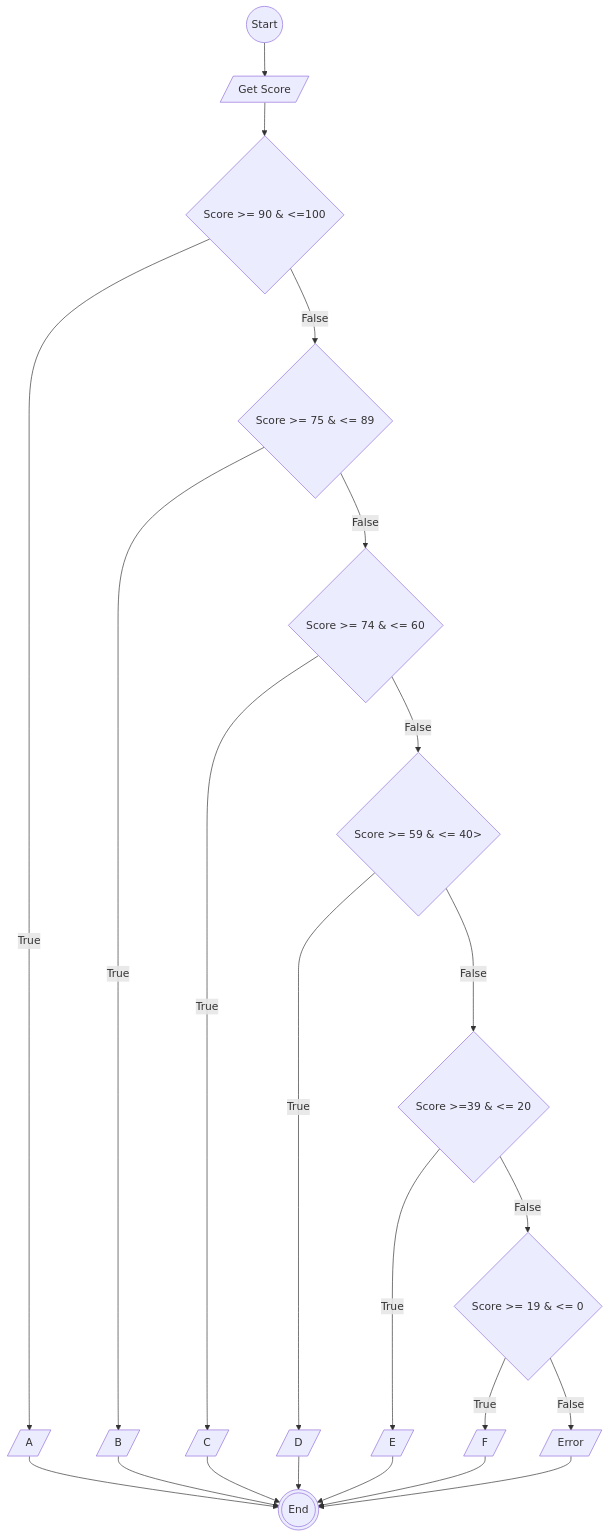
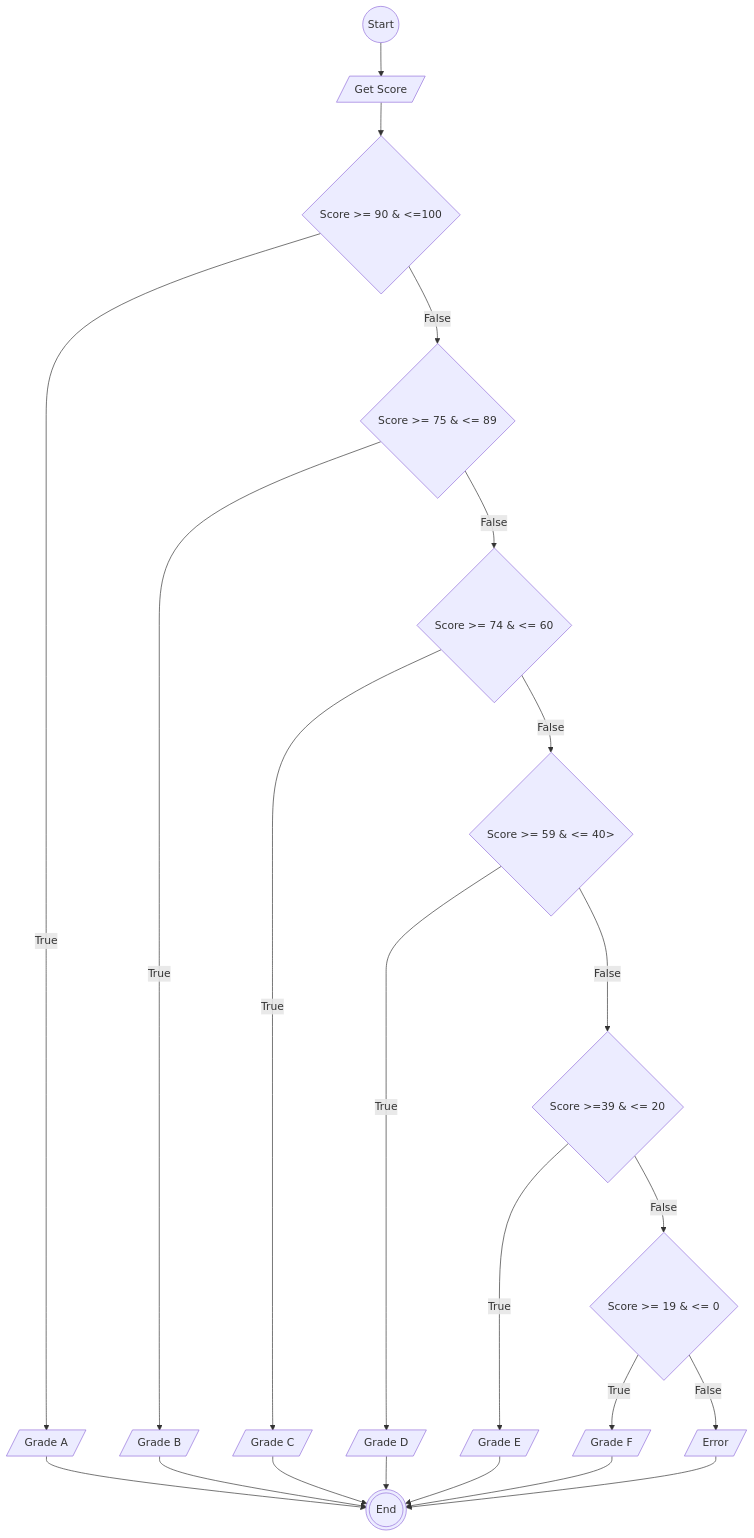
Before and after one commit to MohamadDimasPrayoga1010/koda-b4-algoritma: the diagram in minitask9.md, drawn with Mermaid.

````diff
--- a/minitask9.md
+++ b/minitask9.md
@@ -3,22 +3,22 @@
 ```mermaid
 
 flowchart TD
 
-Start((Start))--> Grade[/Get Score/] -->Score{Score >= 90 <=100} -- True -->A[/A/] -->End(((End)))
+Start((Start))--> Grade[/Get Score/] -->Score{Score >= 90 <=100} -- True -->A[/Grade A/] -->End(((End)))
 
 
-Score{Score >= 90 & <=100} -- False -->ScoreB{Score >= 75 & <= 89} -- True -->B[/B/] -->End(((End)))
+Score{Score >= 90 & <=100} -- False -->ScoreB{Score >= 75 & <= 89} -- True -->B[/Grade B/] -->End(((End)))
 
-ScoreC{Score >= 74 & <= 60} -- True -->C[/C/] -->End(((End)))
+ScoreC{Score >= 74 & <= 60} -- True -->C[/Grade C/] -->End(((End)))
 
-ScoreB{Score >= 75 & <= 89} -- False -->ScoreC{Score >= 74 & <= 60} -- False -->ScoreD{Score >= 59 <= 40>} -- True --->D[/D/] -->End(((End)))
+ScoreB{Score >= 75 & <= 89} -- False -->ScoreC{Score >= 74 & <= 60} -- False -->ScoreD{Score >= 59 <= 40>} -- True --->D[/Grade D/] -->End(((End)))
 
 
-ScoreD{Score >= 59 & <= 40>} -- False --->ScoreE{Score >=39 <= 20} -- True -->E[/E/] -->End(((End)))
+ScoreD{Score >= 59 & <= 40>} -- False --->ScoreE{Score >=39 <= 20} -- True -->E[/Grade E/] -->End(((End)))
 
 
-ScoreE{Score >=39 & <= 20} -- False -->ScoreF{Score >= 19 <= 0} -- True -->F[/F/] -->End(((End)))
+ScoreE{Score >=39 & <= 20} -- False -->ScoreF{Score >= 19 <= 0} -- True -->F[/Grade F/] -->End(((End)))
 
 ScoreF{Score >= 19 & <= 0} -- False -->Error[/Error/] -->End(((End))) 
 
 ```
````
